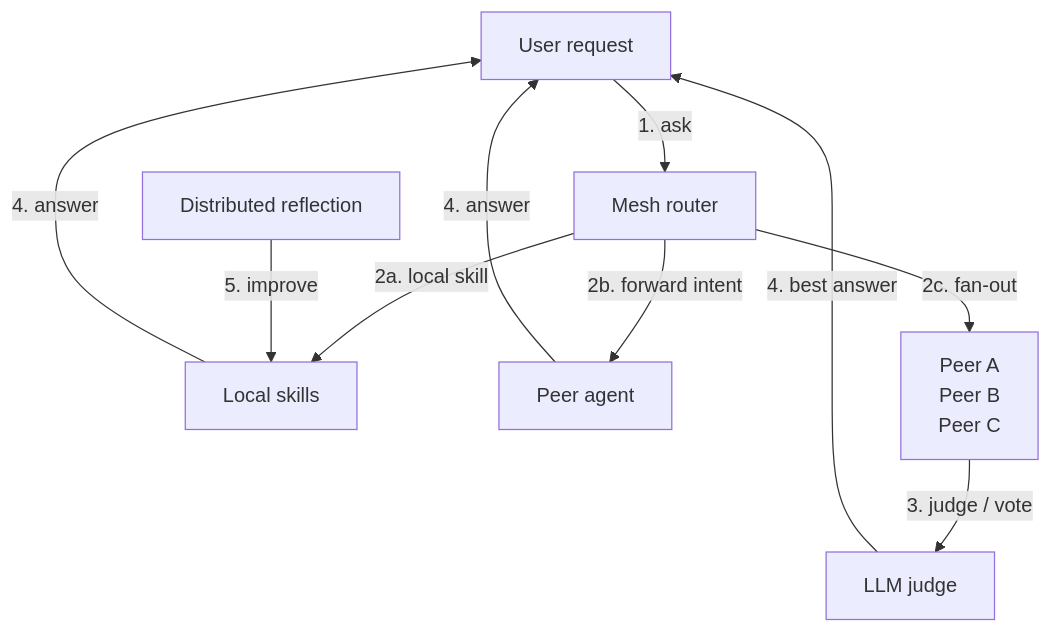
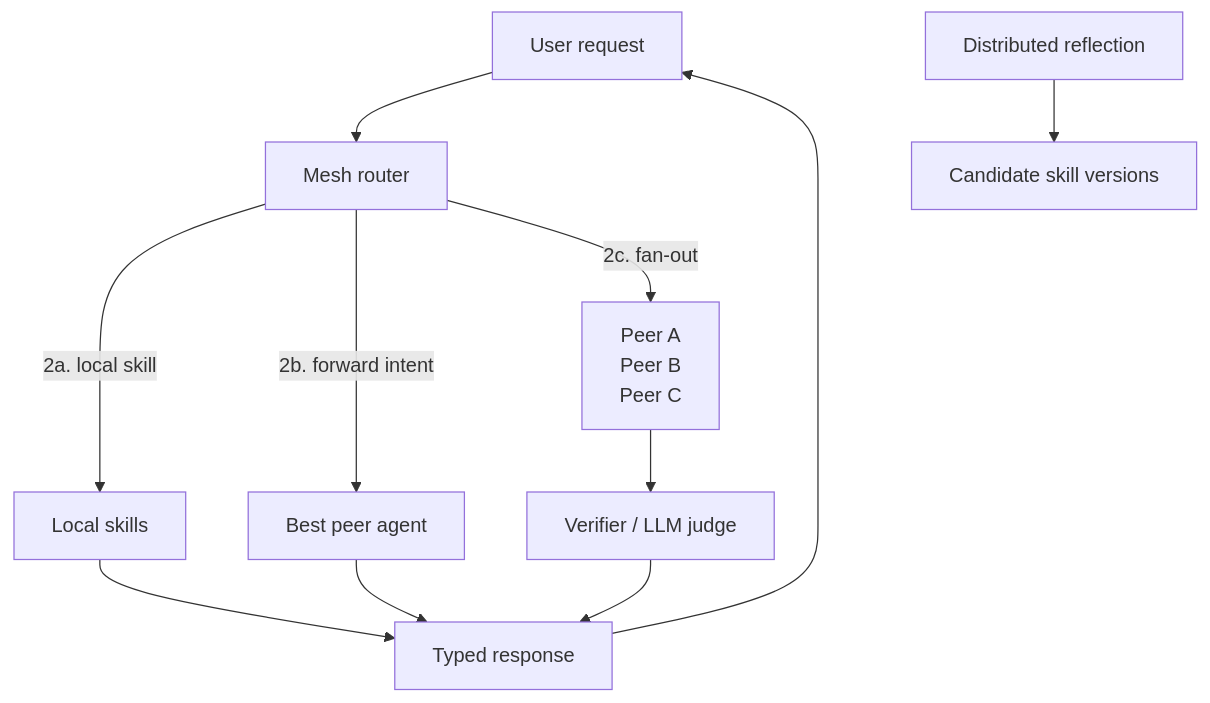
The third of 3 diagrams in docs/ROADMAP-EN.md (techbuzzz/Hercules), drawn with Mermaid before and after one commit. The commit also changed other lines of this file and 13 other files, not shown here.

Commit message:
Roadmap fixes and tasks

````diff
--- a/docs/ROADMAP-EN.md
+++ b/docs/ROADMAP-EN.md
@@ -94,12 +94,13 @@
 ```mermaid
 flowchart TD
-    User["User request"] -->|1. ask| Router["Mesh router"]
-    Router -->|2a. local skill| Skills["Local skills"]
-    Router -->|2b. forward intent| Peer["Peer agent"]
+    User["User request"] --> Router["Mesh router"]
+    Router -->|2a. local skill| Local["Local skills"]
+    Router -->|2b. forward intent| Peer["Best peer agent"]
     Router -->|2c. fan-out| Peers["Peer A\nPeer B\nPeer C"]
-    Peers -->|3. judge / vote| Judge["LLM judge"]
-    Skills -->|4. answer| User
-    Peer -->|4. answer| User
-    Judge -->|4. best answer| User
-    Reflection["Distributed reflection"] -->|5. improve| Skills
+    Peers --> Judge["Verifier / LLM judge"]
+    Local --> Response["Typed response"]
+    Peer --> Response
+    Judge --> Response
+    Response --> User
+    Eval["Distributed reflection"] --> Skills["Candidate skill versions"]
 ```
````
